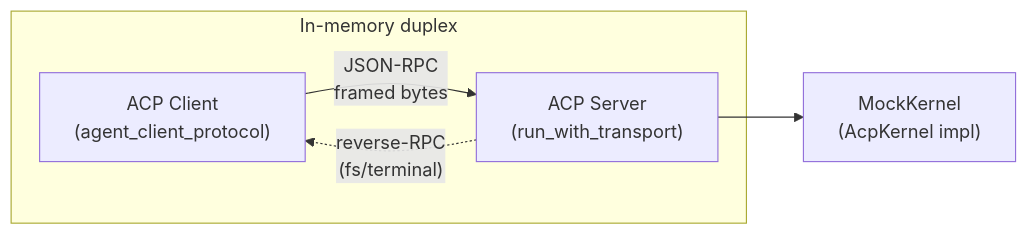
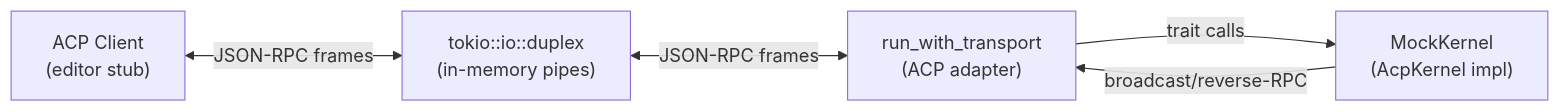
One commit to leszek3737/librefang-WIki changed the diagram in other-librefang-acp-tests.md. Above: the diagram before and after it, drawn with Mermaid. The commit also changed other lines of this file and 125 other files, not shown here.

````diff
--- a/other-librefang-acp-tests.md
+++ b/other-librefang-acp-tests.md
@@ -19,10 +11,12 @@
 ```mermaid
 graph LR
-    Client["ACP Client<br/>(agent_client_protocol)"] -- "JSON-RPC<br/>framed bytes" --> Server["ACP Server<br/>(run_with_transport)"]
-    Server --> Kernel["MockKernel<br/>(AcpKernel impl)"]
-    Server -. "reverse-RPC<br/>(fs/terminal)" .-> Client
-    subgraph "In-memory duplex"
-        Client
-        Server
-    end
+    Client["ACP Client<br/>(editor stub)"]
+    Duplex["tokio::io::duplex<br/>(in-memory pipes)"]
+    Server["run_with_transport<br/>(ACP adapter)"]
+    Kernel["MockKernel<br/>(AcpKernel impl)"]
+
+    Client <-->|JSON-RPC frames| Duplex
+    Duplex <-->|JSON-RPC frames| Server
+    Server -->|trait calls| Kernel
+    Kernel -->|broadcast/reverse-RPC| Server
 ```
````
